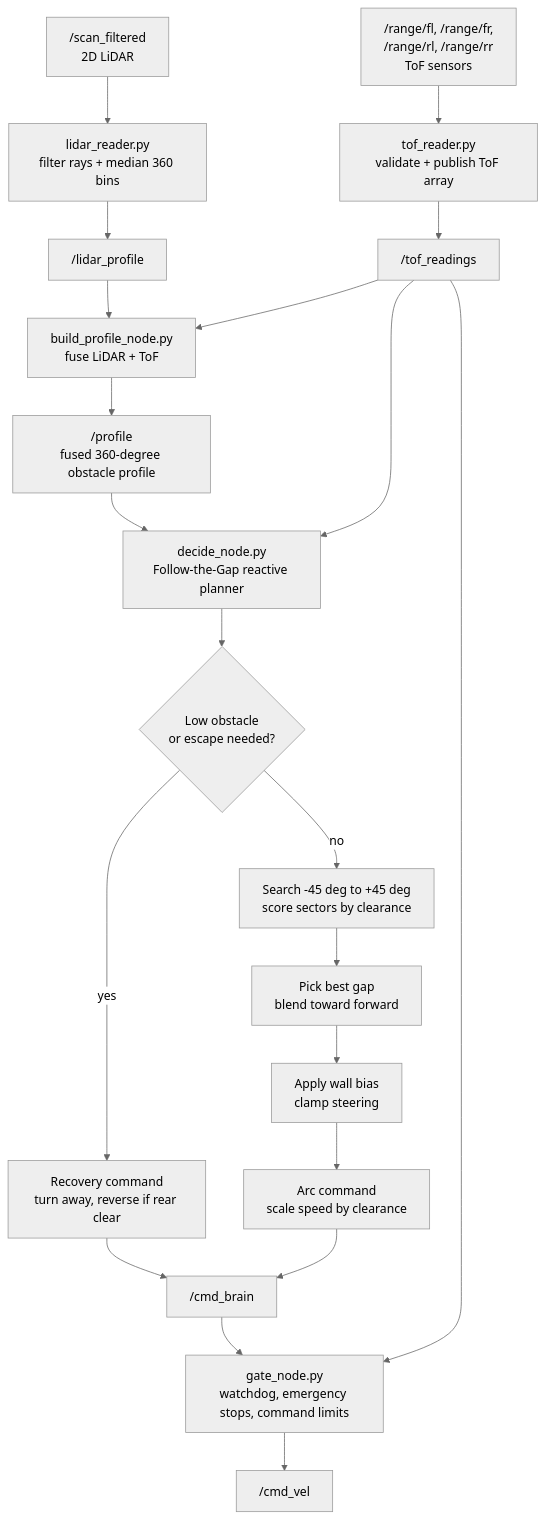
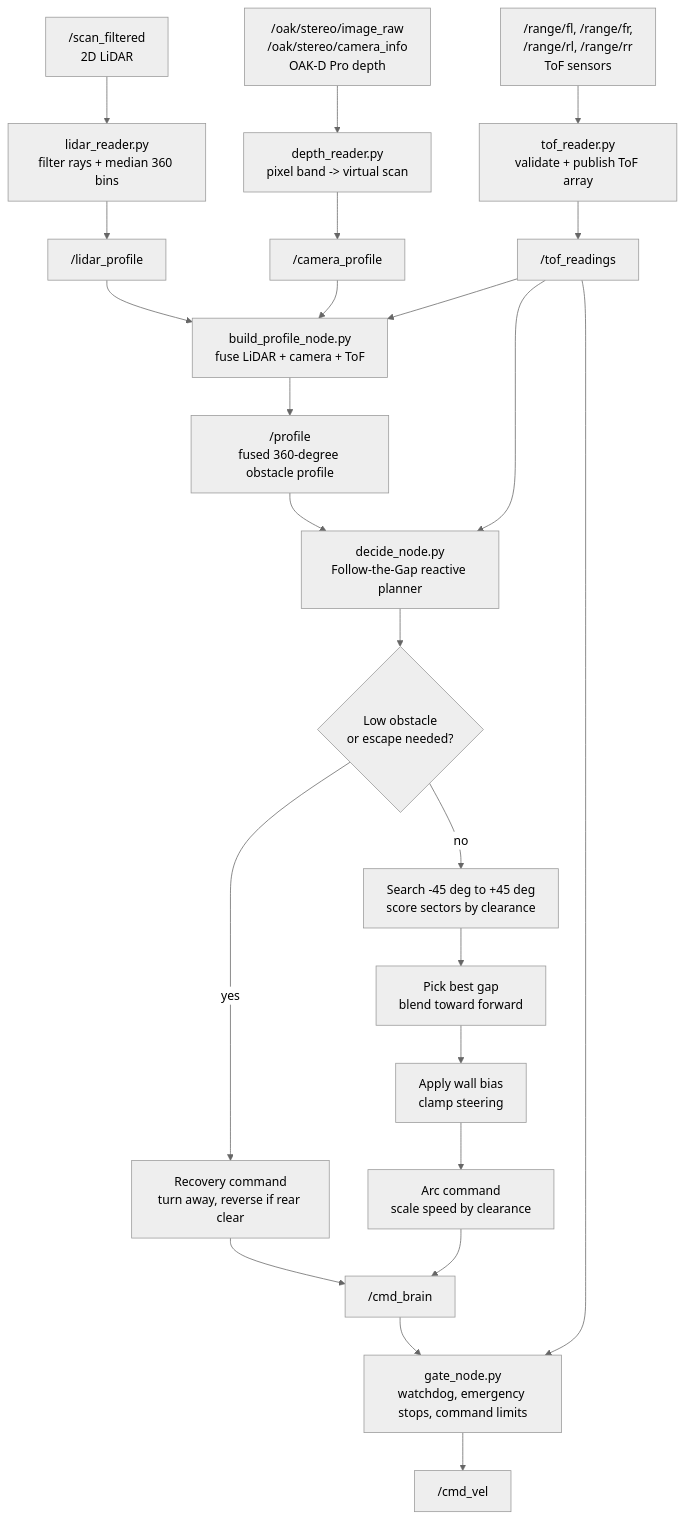
The diagram in README.md (hungha11/reactive_rosbot3_rmit), drawn with Mermaid (neutral theme) before and after one commit. The commit also changed other lines of this file, not shown here.

````diff
--- a/README.md
+++ b/README.md
@@ -89,28 +123,32 @@
 ```mermaid
 flowchart TD
     A["/scan_filtered<br/>2D LiDAR"] --> B["lidar_reader.py<br/>filter rays + median 360 bins"]
     B --> C["/lidar_profile"]
 
     D["/range/fl, /range/fr,<br/>/range/rl, /range/rr<br/>ToF sensors"] --> E["tof_reader.py<br/>validate + publish ToF array"]
     E --> F["/tof_readings"]
 
-    C --> G["build_profile_node.py<br/>fuse LiDAR + ToF"]
+    S["/oak/stereo/image_raw<br/>/oak/stereo/camera_info<br/>OAK-D Pro depth"] --> T["depth_reader.py<br/>pixel band -&gt; virtual scan"]
+    T --> U["/camera_profile"]
+
+    C --> G["build_profile_node.py<br/>fuse LiDAR + camera + ToF"]
+    U --> G
     F --> G
     G --> H["/profile<br/>fused 360-degree obstacle profile"]
 
     H --> I["decide_node.py<br/>Follow-the-Gap reactive planner"]
     F --> I
 
     I --> J{"Low obstacle<br/>or escape needed?"}
     J -- "yes" --> K["Recovery command<br/>turn away, reverse if rear clear"]
     J -- "no" --> L["Search -45 deg to +45 deg<br/>score sectors by clearance"]
     L --> M["Pick best gap<br/>blend toward forward"]
     M --> N["Apply wall bias<br/>clamp steering"]
     N --> O["Arc command<br/>scale speed by clearance"]
     K --> P["/cmd_brain"]
     O --> P
 
     P --> Q["gate_node.py<br/>watchdog, emergency stops, command limits"]
     F --> Q
     Q --> R["/cmd_vel"]
 ```
````
